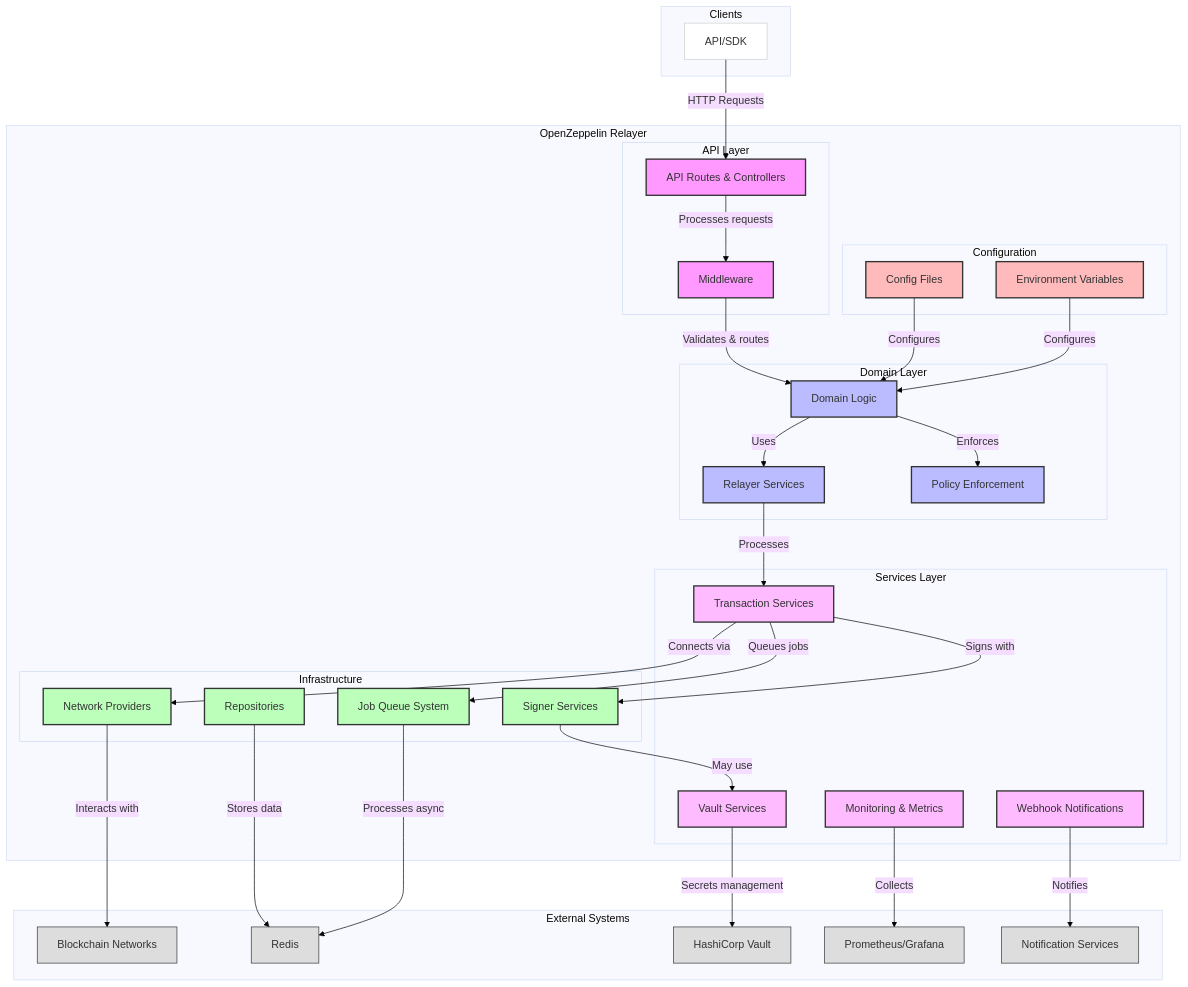
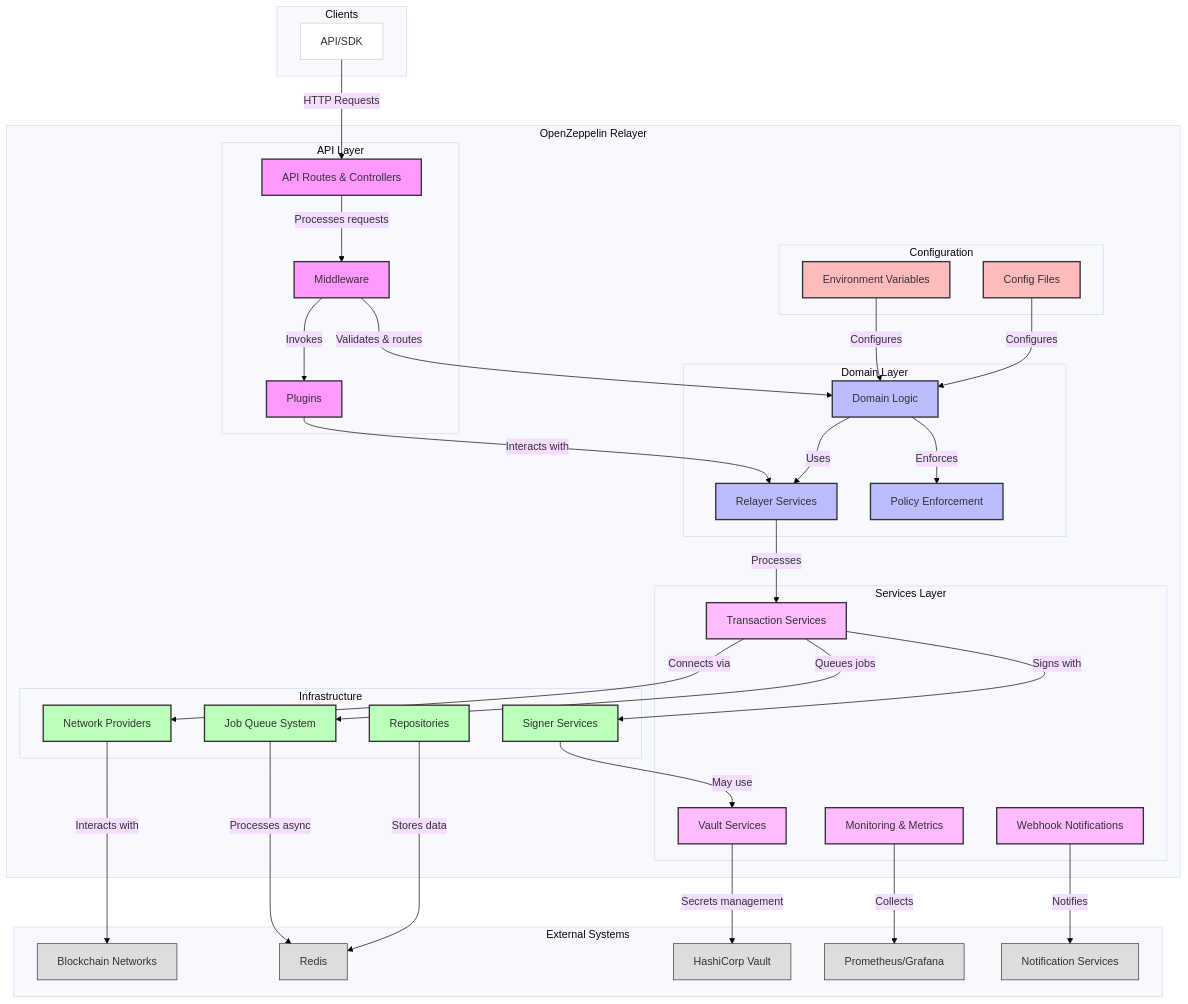
One commit to pack-dragonnu8/openzeppelin-relayer changed the diagram in docs/modules/ROOT/pages/index.adoc. Above: the diagram before and after it, drawn with Mermaid. The commit also changed other lines of this file and 3 other files, not shown here.

First line of the commit message:
docs: Add Relayer plugins documentation (#304)

```diff
--- a/docs/modules/ROOT/pages/index.adoc
+++ b/docs/modules/ROOT/pages/index.adoc
@@ -91,6 +92,7 @@
         subgraph "API Layer"
             api[API Routes & Controllers]
             middleware[Middleware]
+            plugins[Plugins]
         end
 
         subgraph "Domain Layer"
@@ -133,11 +135,13 @@
     %% API Layer connections
     api -- "Processes requests" --> middleware
     middleware -- "Validates & routes" --> domain
+    middleware -- "Invokes" --> plugins
 
     %% Domain Layer connections
     domain -- "Uses" --> relayer
     domain -- "Enforces" --> policies
     relayer -- "Processes" --> transaction
+    plugins -- "Interacts with" --> relayer
 
     %% Services Layer connections
     transaction -- "Signs with" --> signer
@@ -165,7 +169,7 @@
     classDef configClass fill:#fbb,stroke:#333,stroke-width:2px
     classDef externalClass fill:#ddd,stroke:#333,stroke-width:1px
 
-    class api,middleware apiClass
+    class api,middleware,plugins apiClass
     class domain,relayer,policies domainClass
     class repositories,jobs,signer,provider infraClass
     class transaction,vault,webhook,monitoring serviceClass
```
